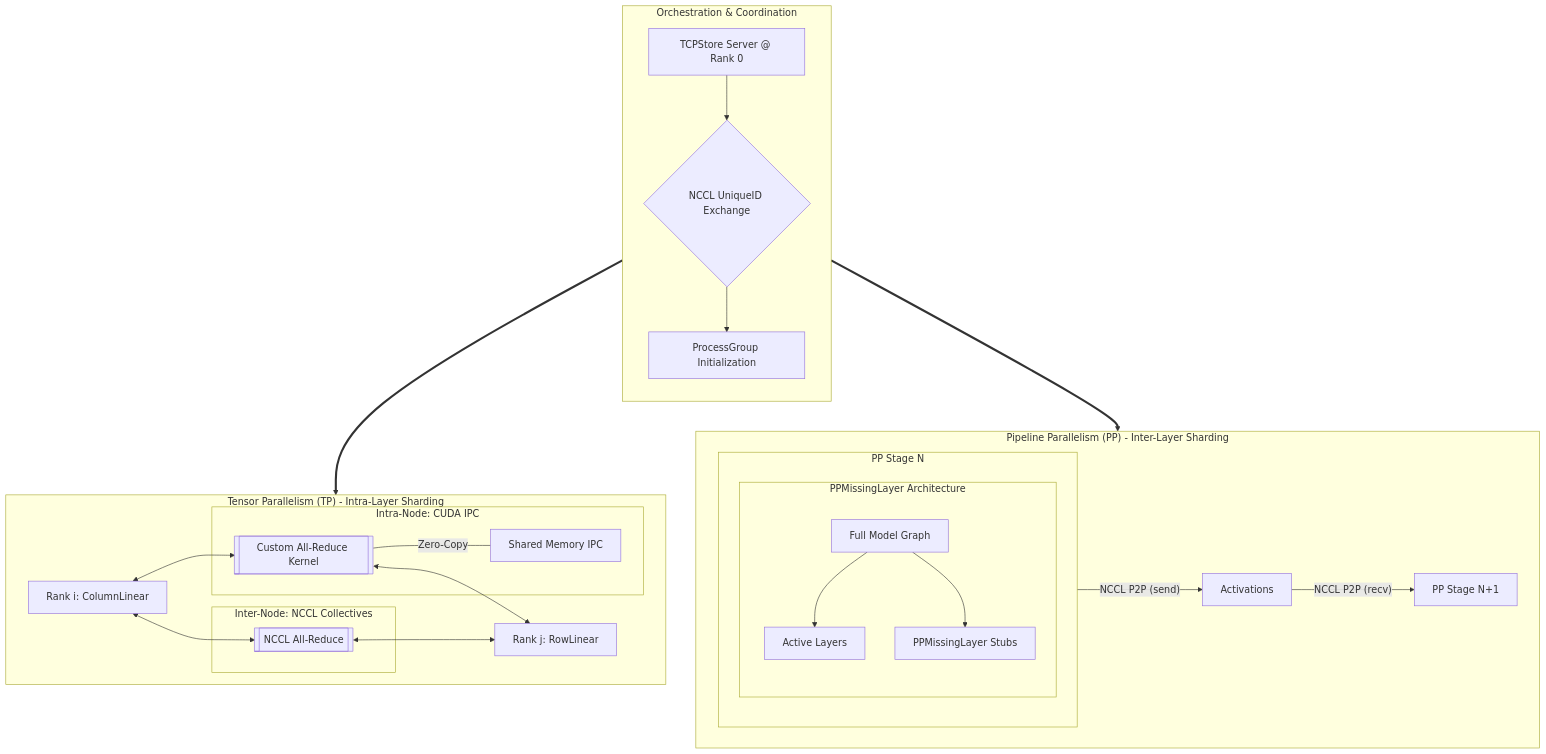
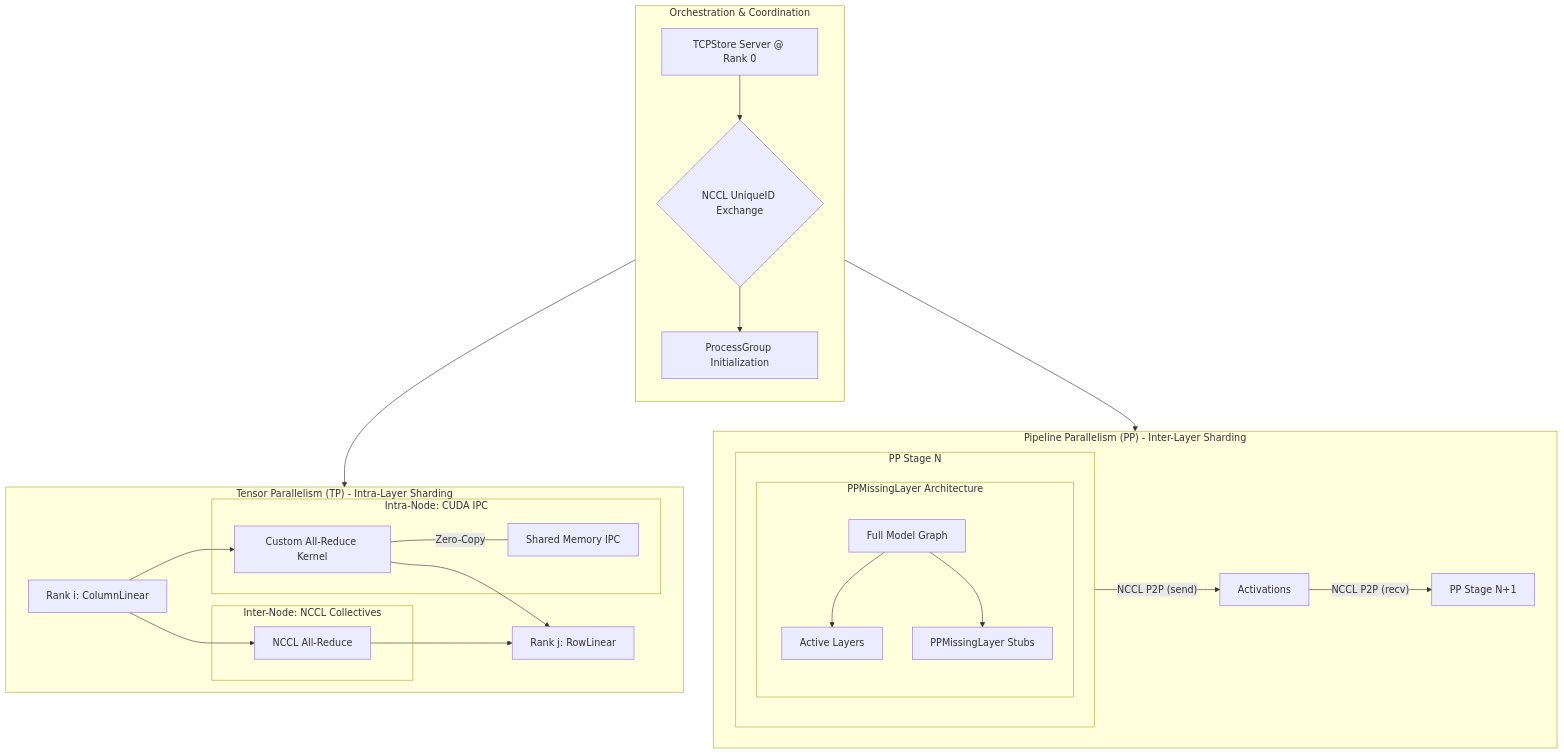
Before and after one commit to quanhua92/tutorials: the diagram in vllm/courses/chapter_07_distributed_execution.md, drawn with Mermaid. The commit also changed 10 other files, not shown here.

Commit message:
chore: improve vllm course mermaid styles

````diff
--- a/vllm/courses/chapter_07_distributed_execution.md
+++ b/vllm/courses/chapter_07_distributed_execution.md
@@ -3,45 +3,45 @@
 ```mermaid
 flowchart TD
-    subgraph Initialization ["Orchestration &amp; Coordination"]
+    subgraph Initialization ["Orchestration & Coordination"]
         direction TB
         TCP["TCPStore Server @ Rank 0"]
         NCCL_ID{NCCL UniqueID Exchange}
         PG_Init[ProcessGroup Initialization]
 
         TCP --> NCCL_ID
         NCCL_ID --> PG_Init
     end
 
     subgraph TP ["Tensor Parallelism (TP) - Intra-Layer Sharding"]
         direction LR
         subgraph Intra_Node ["Intra-Node: CUDA IPC"]
-            CAR[[Custom All-Reduce Kernel]]
+            CAR["Custom All-Reduce Kernel"]
             CAR --- |Zero-Copy| SHM[Shared Memory IPC]
         end
         subgraph Inter_Node ["Inter-Node: NCCL Collectives"]
-            NAR[[NCCL All-Reduce]]
+            NAR["NCCL All-Reduce"]
         end
         
-        Rank_i["Rank i: ColumnLinear"] <--> CAR
-        CAR <--> Rank_j["Rank j: RowLinear"]
-        Rank_i <--> NAR
-        NAR <--> Rank_j
+        Rank_i["Rank i: ColumnLinear"] --> CAR
+        CAR --> Rank_j["Rank j: RowLinear"]
+        Rank_i --> NAR
+        NAR --> Rank_j
     end
 
     subgraph PP ["Pipeline Parallelism (PP) - Inter-Layer Sharding"]
         direction LR
         subgraph Stage_N ["PP Stage N"]
             direction TB
             subgraph Structure ["PPMissingLayer Architecture"]
                 Full[Full Model Graph] --> Live[Active Layers]
                 Full --> Stubs[PPMissingLayer Stubs]
             end
         end
         
         Stage_N -- "NCCL P2P (send)" --> Act[Activations]
         Act -- "NCCL P2P (recv)" --> Stage_N1["PP Stage N+1"]
     end
 
-    Initialization ==> TP
-    Initialization ==> PP
+    Initialization --> TP
+    Initialization --> PP
 ```
````
